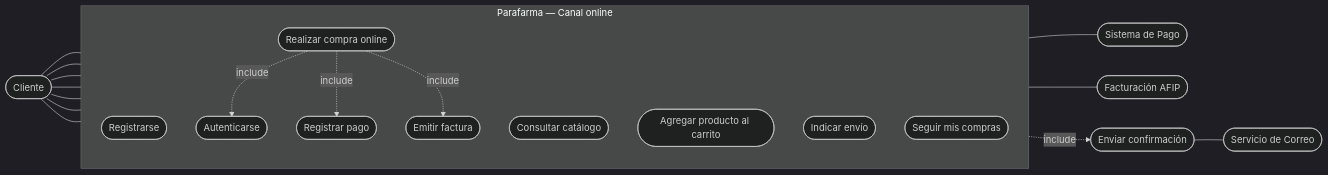
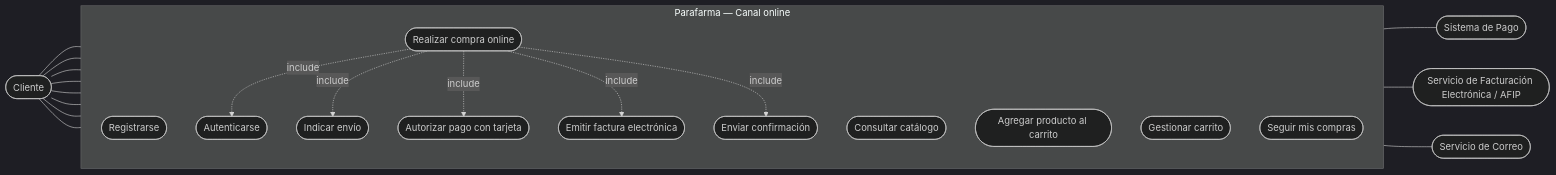
The first of 6 diagrams in practicas/practica-1.md (unlam-informatica/diseno-de-software), drawn with Mermaid before and after one commit. The commit also changed other lines of this file and 5 other files, not shown here.

Commit message:
mermaid zoom y practica 2

````diff
--- a/practicas/practica-1.md
+++ b/practicas/practica-1.md
@@ -99,37 +100,41 @@
 ```mermaid
 %%{init: {'theme':'dark'}}%%
 flowchart LR
     Cliente(["Cliente"])
     Pago(["Sistema de Pago"])
-    AFIP(["Facturación AFIP"])
+    AFIP(["Servicio de Facturación Electrónica / AFIP"])
     Correo(["Servicio de Correo"])
 
     subgraph S["Parafarma — Canal online"]
         direction TB
         CU1(["Registrarse"])
         CU2(["Autenticarse"])
         CU3(["Consultar catálogo"])
         CU4(["Agregar producto al carrito"])
+        CU5(["Gestionar carrito"])
         CU6(["Indicar envío"])
         CU7(["Realizar compra online"])
-        CU8(["Registrar pago"])
-        CU9(["Emitir factura"])
+        CU8(["Autorizar pago con tarjeta"])
+        CU9(["Emitir factura electrónica"])
         CU10(["Seguir mis compras"])
+        CU11(["Enviar confirmación"])
     end
 
     Cliente --- CU1
     Cliente --- CU2
     Cliente --- CU3
     Cliente --- CU4
+    Cliente --- CU5
     Cliente --- CU6
     Cliente --- CU7
     Cliente --- CU10
 
     CU7 -. include .-> CU2
+    CU7 -. include .-> CU6
     CU7 -. include .-> CU8
     CU7 -. include .-> CU9
+    CU7 -. include .-> CU11
     CU8 --- Pago
     CU9 --- AFIP
-    CU9 -. include .-> CU_mail([Enviar confirmación])
-    CU_mail --- Correo
+    CU11 --- Correo
 ```
````
